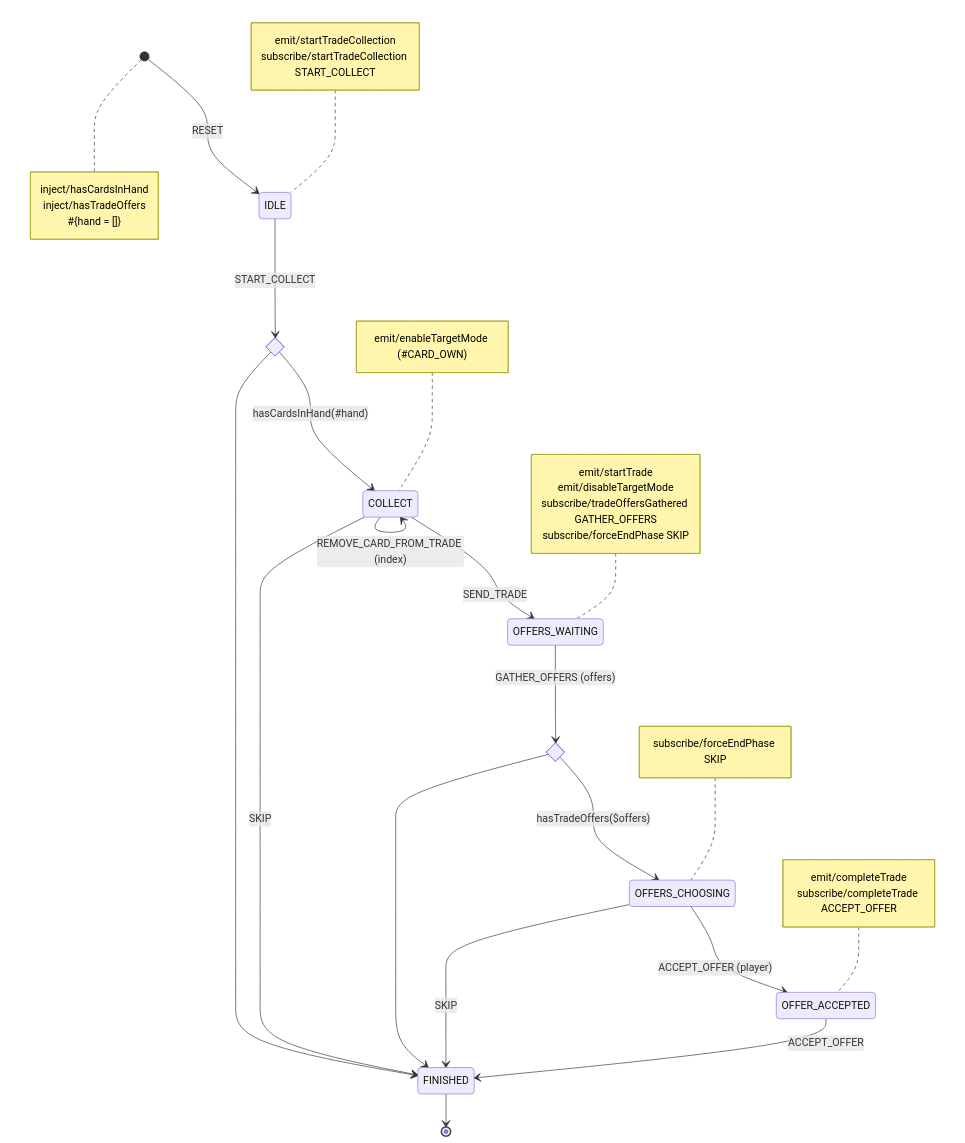
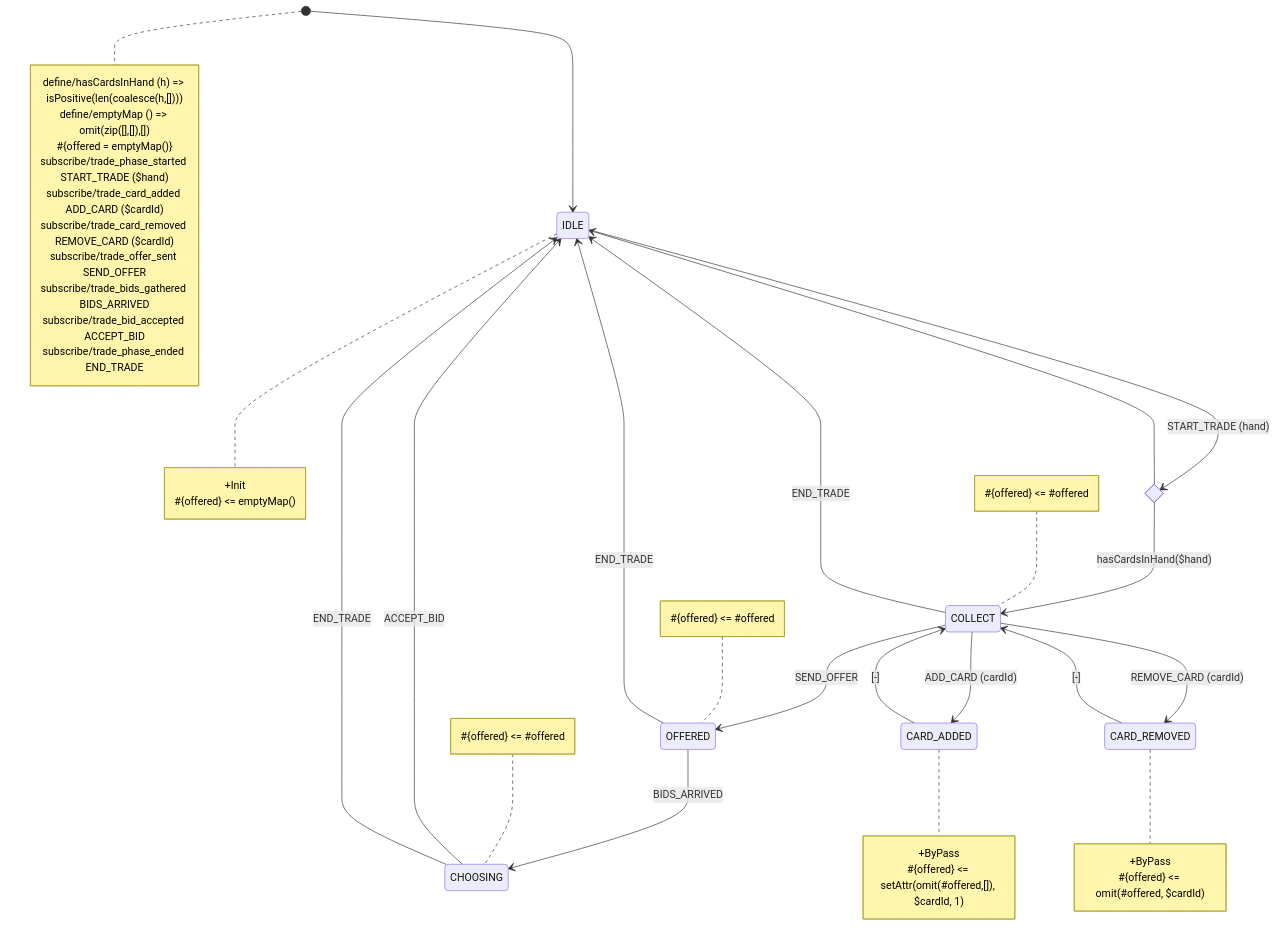
The diagram in src/shared/lib/fsm/diagrams/trading.mermaid (tfcp68/battle-farm), drawn with Mermaid before and after one commit. The commit also changed 9 other files, not shown here.

```diff
--- a/src/shared/lib/fsm/diagrams/trading.mermaid
+++ b/src/shared/lib/fsm/diagrams/trading.mermaid
@@ -1,44 +1,56 @@
 stateDiagram-v2
-    [*] --> IDLE: RESET
-    note right of [*]
-        inject/hasCardsInHand
-        inject/hasTradeOffers
-        #{hand = []}
-    end note
-    note left of IDLE
-        emit/startTradeCollection
-        subscribe/startTradeCollection START_COLLECT
-    end note
-    state hasCardsInHand <<choice>>
-    IDLE --> hasCardsInHand: START_COLLECT
-    hasCardsInHand --> COLLECT: hasCardsInHand(#hand)
-    note left of COLLECT
-        emit/enableTargetMode (#CARD_OWN)
-    end note
-    COLLECT --> COLLECT: HOVER (index)
-    COLLECT --> COLLECT: ADD_CARD_TO_TRADE (index)
-    COLLECT --> COLLECT: REMOVE_CARD_FROM_TRADE (index)
-    hasCardsInHand --> FINISHED
-    COLLECT --> FINISHED: SKIP
-    COLLECT --> OFFERS_WAITING: SEND_TRADE
-    note left of OFFERS_WAITING
-        emit/startTrade
-        emit/disableTargetMode
-        subscribe/tradeOffersGathered GATHER_OFFERS
-        subscribe/forceEndPhase SKIP
-    end note
-    state hasOffers <<choice>>
-    OFFERS_WAITING --> hasOffers: GATHER_OFFERS (offers)
-    hasOffers --> OFFERS_CHOOSING: hasTradeOffers($offers)
-    hasOffers --> FINISHED
-    note left of OFFERS_CHOOSING
-        subscribe/forceEndPhase SKIP
-    end note
-    OFFERS_CHOOSING --> FINISHED: SKIP
-    OFFERS_CHOOSING --> OFFER_ACCEPTED: ACCEPT_OFFER (player)
-    note left of OFFER_ACCEPTED
-        emit/completeTrade
-        subscribe/completeTrade ACCEPT_OFFER
-    end note
-    OFFER_ACCEPTED --> FINISHED: ACCEPT_OFFER
-    FINISHED --> [*]
+    [*] --> IDLE
+    state hasCards <<choice>>
+    IDLE --> hasCards: START_TRADE (hand)
+    hasCards --> COLLECT: hasCardsInHand($hand)
+    hasCards --> IDLE
+    COLLECT --> CARD_ADDED: ADD_CARD (cardId)
+    CARD_ADDED --> COLLECT: [-]
+    COLLECT --> CARD_REMOVED: REMOVE_CARD (cardId)
+    CARD_REMOVED --> COLLECT: [-]
+    COLLECT --> OFFERED: SEND_OFFER
+    OFFERED --> CHOOSING: BIDS_ARRIVED
+    CHOOSING --> IDLE: ACCEPT_BID
+    COLLECT --> IDLE: END_TRADE
+    OFFERED --> IDLE: END_TRADE
+    CHOOSING --> IDLE: END_TRADE
+
+note right of IDLE
++Init
+#{offered} <= emptyMap()
+end note
+
+note right of [*]
+define/hasCardsInHand (h) => isPositive(len(coalesce(h,[])))
+define/emptyMap () => omit(zip([],[]),[])
+#{offered = emptyMap()}
+subscribe/trade_phase_started START_TRADE ($hand)
+subscribe/trade_card_added ADD_CARD ($cardId)
+subscribe/trade_card_removed REMOVE_CARD ($cardId)
+subscribe/trade_offer_sent SEND_OFFER
+subscribe/trade_bids_gathered BIDS_ARRIVED
+subscribe/trade_bid_accepted ACCEPT_BID
+subscribe/trade_phase_ended END_TRADE
+end note
+
+note left of COLLECT
+#{offered} <= #offered
+end note
+
+note right of CARD_ADDED
++ByPass
+#{offered} <= setAttr(omit(#offered,[]), $cardId, 1)
+end note
+
+note right of CARD_REMOVED
++ByPass
+#{offered} <= omit(#offered, $cardId)
+end note
+
+note left of OFFERED
+#{offered} <= #offered
+end note
+
+note left of CHOOSING
+#{offered} <= #offered
+end note
```
